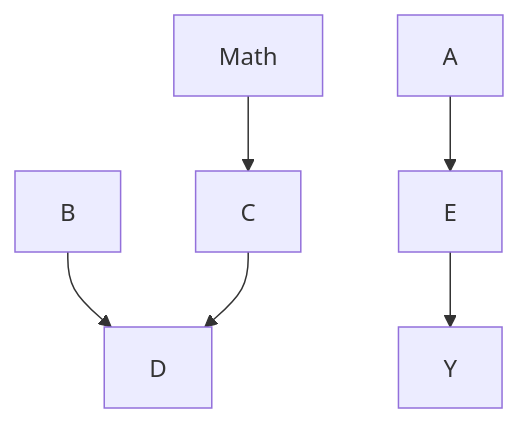
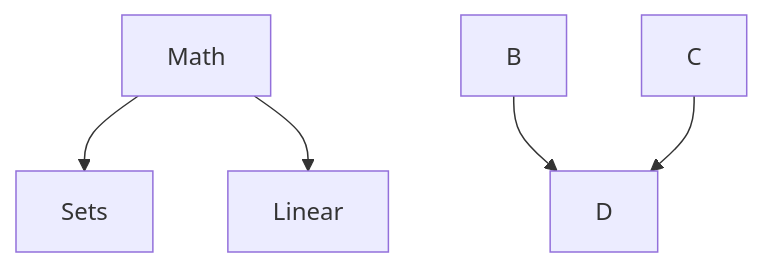
The diagram in README.md (ccmas88/Hello-World), drawn with Mermaid before and after one commit.

````diff
--- a/README.md
+++ b/README.md
@@ -6,7 +6,7 @@
 ```mermaid
 graph TD;
-    Math-->C;
-    A-->E-->Y;
+    Math-->Sets;
+    Math-->Linear;
     B-->D;
     C-->D;
 ```
````
